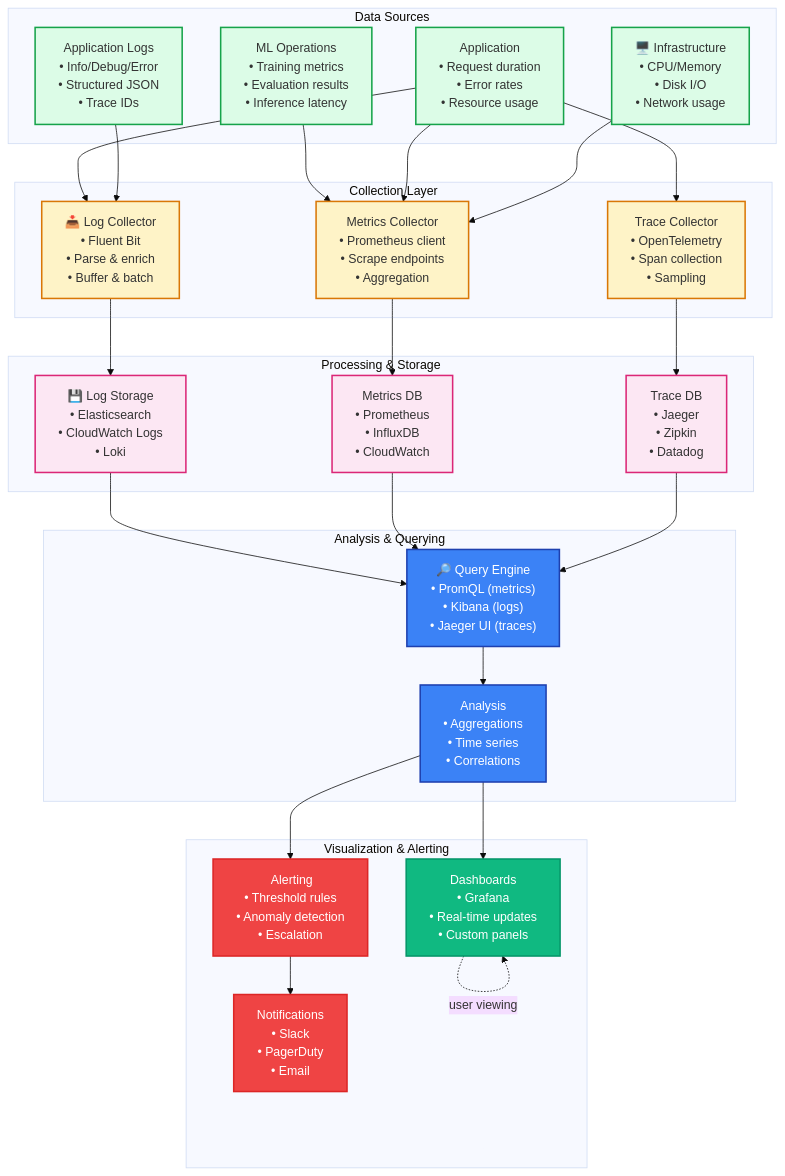
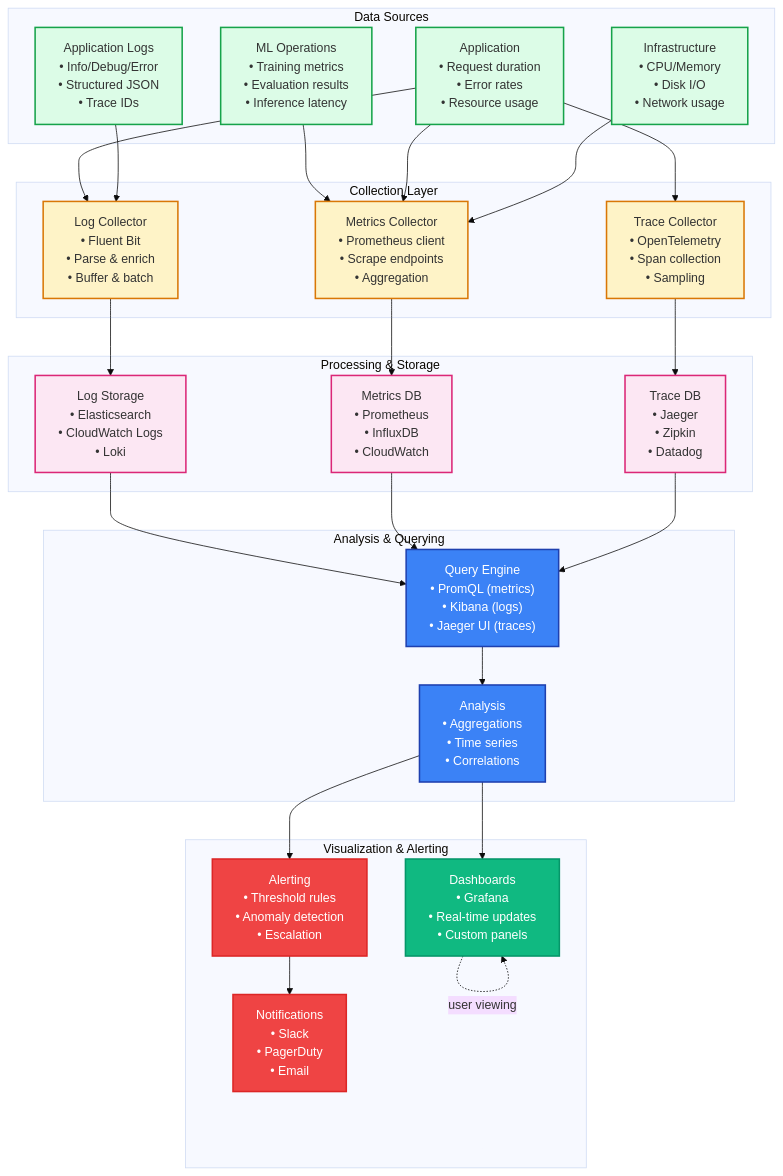
The diagram in docs/monitoring/MONITORING_ARCHITECTURE.md (Aries-Serpent/_codex_), drawn with Mermaid before and after one commit. The commit also changed other lines of this file and 4117 other files, not shown here.

````diff
--- a/docs/monitoring/MONITORING_ARCHITECTURE.md
+++ b/docs/monitoring/MONITORING_ARCHITECTURE.md
@@ -13,78 +13,89 @@
 ```mermaid
 %%{init: {'accessibility': {'title': 'Monitoring Architecture<br/>Metrics Logs Traces Alerts'}, 'theme': 'base'}}%%
+
 graph TB
-    subgraph "Data Sources"
-        ML[" ML Operations<br/>• Training metrics<br/>• Evaluation results<br/>• Inference latency"]
-        App[" Application<br/>• Request duration<br/>• Error rates<br/>• Resource usage"]
-        Infra["🖥️ Infrastructure<br/>• CPU/Memory<br/>• Disk I/O<br/>• Network usage"]
-        Logs[" Application Logs<br/>• Info/Debug/Error<br/>• Structured JSON<br/>• Trace IDs"]
-    end
+ subgraph "Data Sources"
+ ML[" ML Operations<br/>• Training metrics<br/>• Evaluation results<br/>• Inference latency"]
+ App[" Application<br/>• Request duration<br/>• Error rates<br/>• Resource usage"]
+ Infra[" Infrastructure<br/>• CPU/Memory<br/>• Disk I/O<br/>• Network usage"]
+ Logs[" Application Logs<br/>• Info/Debug/Error<br/>• Structured JSON<br/>• Trace IDs"]
+ end
 
-    subgraph "Collection Layer"
-        LogCollector["📥 Log Collector<br/>• Fluent Bit<br/>• Parse & enrich<br/>• Buffer & batch"]
-        MetricsCollector[" Metrics Collector<br/>• Prometheus client<br/>• Scrape endpoints<br/>• Aggregation"]
-        TraceCollector[" Trace Collector<br/>• OpenTelemetry<br/>• Span collection<br/>• Sampling"]
-    end
+ subgraph "Collection Layer"
+ LogCollector[" Log Collector<br/>• Fluent Bit<br/>• Parse & enrich<br/>• Buffer & batch"]
+ MetricsCollector[" Metrics Collector<br/>• Prometheus client<br/>• Scrape endpoints<br/>• Aggregation"]
+ TraceCollector[" Trace Collector<br/>• OpenTelemetry<br/>• Span collection<br/>• Sampling"]
+ end
 
-    subgraph "Processing & Storage"
-        LogStorage["💾 Log Storage<br/>• Elasticsearch<br/>• CloudWatch Logs<br/>• Loki"]
-        MetricsDB[" Metrics DB<br/>• Prometheus<br/>• InfluxDB<br/>• CloudWatch"]
-        TraceDB[" Trace DB<br/>• Jaeger<br/>• Zipkin<br/>• Datadog"]
-    end
+ subgraph "Processing & Storage"
+ LogStorage[" Log Storage<br/>• Elasticsearch<br/>• CloudWatch Logs<br/>• Loki"]
+ MetricsDB[" Metrics DB<br/>• Prometheus<br/>• InfluxDB<br/>• CloudWatch"]
+ TraceDB[" Trace DB<br/>• Jaeger<br/>• Zipkin<br/>• Datadog"]
+ end
 
-    subgraph "Analysis & Querying"
-        Query["🔎 Query Engine<br/>• PromQL (metrics)<br/>• Kibana (logs)<br/>• Jaeger UI (traces)"]
-        Analysis[" Analysis<br/>• Aggregations<br/>• Time series<br/>• Correlations"]
-    end
+ subgraph "Analysis & Querying"
+ Query[" Query Engine<br/>• PromQL (metrics)<br/>• Kibana (logs)<br/>• Jaeger UI (traces)"]
+ Analysis[" Analysis<br/>• Aggregations<br/>• Time series<br/>• Correlations"]
+ end
 
-    subgraph "Visualization & Alerting"
-        Dashboard[" Dashboards<br/>• Grafana<br/>• Real-time updates<br/>• Custom panels"]
-        Alert["️ Alerting<br/>• Threshold rules<br/>• Anomaly detection<br/>• Escalation"]
-        Notify[" Notifications<br/>• Slack<br/>• PagerDuty<br/>• Email"]
-    end
+ subgraph "Visualization & Alerting"
+ Dashboard[" Dashboards<br/>• Grafana<br/>• Real-time updates<br/>• Custom panels"]
+ Alert[" Alerting<br/>• Threshold rules<br/>• Anomaly detection<br/>• Escalation"]
+ Notify[" Notifications<br/>• Slack<br/>• PagerDuty<br/>• Email"]
+ end
 
-    %% Data flow
-    ML --> MetricsCollector
-    App --> MetricsCollector
-    App --> LogCollector
-    Logs --> LogCollector
-    Infra --> MetricsCollector
+ %% Data flow
+ ML --> MetricsCollector
 
-    App --> TraceCollector
-    
-    LogCollector --> LogStorage
-    MetricsCollector --> MetricsDB
-    TraceCollector --> TraceDB
+ App --> MetricsCollector
 
-    LogStorage --> Query
-    MetricsDB --> Query
-    TraceDB --> Query
+ App --> LogCollector
 
-    Query --> Analysis
-    Analysis --> Dashboard
-    Analysis --> Alert
+ Logs --> LogCollector
 
-    Alert --> Notify
-    Dashboard -.user viewing.-> Dashboard
+ Infra --> MetricsCollector
 
-    %% Styling
-    style ML fill:#dcfce7,stroke:#16a34a,stroke-width:2px
-    style App fill:#dcfce7,stroke:#16a34a,stroke-width:2px
-    style Infra fill:#dcfce7,stroke:#16a34a,stroke-width:2px
-    style Logs fill:#dcfce7,stroke:#16a34a,stroke-width:2px
+ App --> TraceCollector
+ 
+ LogCollector --> LogStorage
 
-    style LogCollector fill:#fef3c7,stroke:#d97706,stroke-width:2px
-    style MetricsCollector fill:#fef3c7,stroke:#d97706,stroke-width:2px
-    style TraceCollector fill:#fef3c7,stroke:#d97706,stroke-width:2px
+ MetricsCollector --> MetricsDB
 
-    style LogStorage fill:#fce7f3,stroke:#db2777,stroke-width:2px
-    style MetricsDB fill:#fce7f3,stroke:#db2777,stroke-width:2px
-    style TraceDB fill:#fce7f3,stroke:#db2777,stroke-width:2px
+ TraceCollector --> TraceDB
 
-    style Query fill:#3b82f6,stroke:#1e40af,stroke-width:2px,color:#fff
-    style Analysis fill:#3b82f6,stroke:#1e40af,stroke-width:2px,color:#fff
+ LogStorage --> Query
 
-    style Dashboard fill:#10b981,stroke:#059669,stroke-width:2px,color:#fff
-    style Alert fill:#ef4444,stroke:#dc2626,stroke-width:2px,color:#fff
-    style Notify fill:#ef4444,stroke:#dc2626,stroke-width:2px,color:#fff
+ MetricsDB --> Query
+
+ TraceDB --> Query
+
+ Query --> Analysis
+
+ Analysis --> Dashboard
+
+ Analysis --> Alert
+
+ Alert --> Notify
+ Dashboard -.user viewing.-> Dashboard
+
+ %% Styling
+ style ML fill:#dcfce7,stroke:#16a34a,stroke-width:2px
+ style App fill:#dcfce7,stroke:#16a34a,stroke-width:2px
+ style Infra fill:#dcfce7,stroke:#16a34a,stroke-width:2px
+ style Logs fill:#dcfce7,stroke:#16a34a,stroke-width:2px
+
+ style LogCollector fill:#fef3c7,stroke:#d97706,stroke-width:2px
+ style MetricsCollector fill:#fef3c7,stroke:#d97706,stroke-width:2px
+ style TraceCollector fill:#fef3c7,stroke:#d97706,stroke-width:2px
+
+ style LogStorage fill:#fce7f3,stroke:#db2777,stroke-width:2px
+ style MetricsDB fill:#fce7f3,stroke:#db2777,stroke-width:2px
+ style TraceDB fill:#fce7f3,stroke:#db2777,stroke-width:2px
+
+ style Query fill:#3b82f6,stroke:#1e40af,stroke-width:2px,color:#fff
+ style Analysis fill:#3b82f6,stroke:#1e40af,stroke-width:2px,color:#fff
+
+ style Dashboard fill:#10b981,stroke:#059669,stroke-width:2px,color:#fff
+ style Alert fill:#ef4444,stroke:#dc2626,stroke-width:2px,color:#fff
+ style Notify fill:#ef4444,stroke:#dc2626,stroke-width:2px,color:#fff
 ```
````
